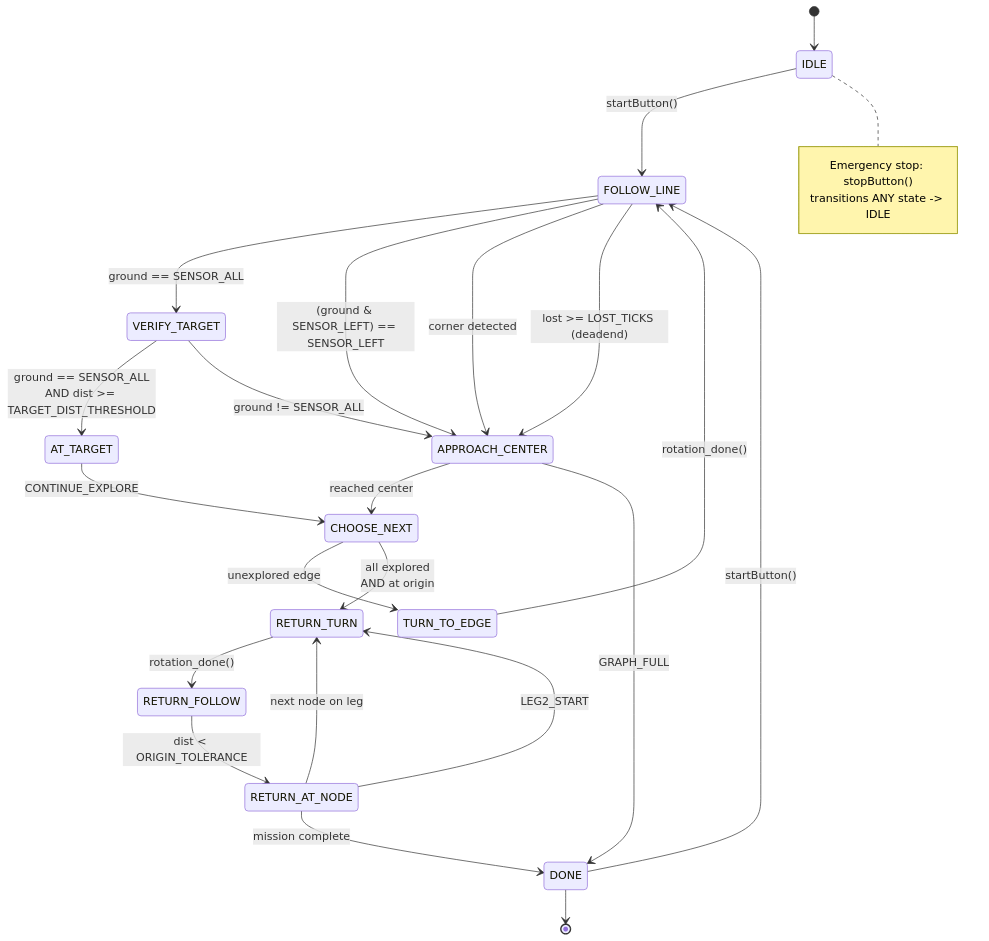
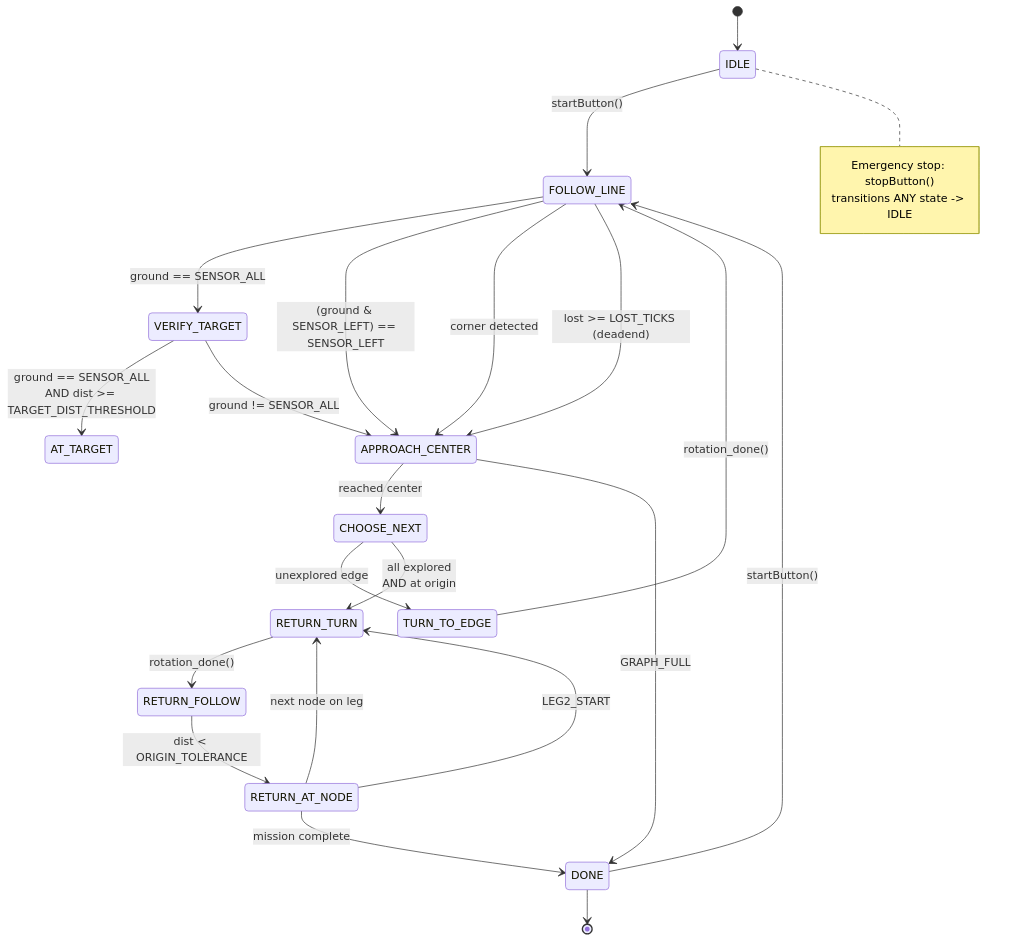
One commit to fredmnpinto/ua_rm-LFR changed the diagram in README.md. Above: the diagram before and after it, drawn with Mermaid.

Commit message:
Remove AT_TARGET to CHOOSE_NEXT transition
Removed transition from AT_TARGET to CHOOSE_NEXT in state machine.

````diff
--- a/README.md
+++ b/README.md
@@ -123,29 +123,28 @@
 ```mermaid
 stateDiagram-v2
     [*] --> IDLE
     IDLE --> FOLLOW_LINE : startButton()
     FOLLOW_LINE --> VERIFY_TARGET : ground == SENSOR_ALL
     FOLLOW_LINE --> APPROACH_CENTER : (ground & SENSOR_LEFT) == SENSOR_LEFT
     FOLLOW_LINE --> APPROACH_CENTER : corner detected
     FOLLOW_LINE --> APPROACH_CENTER : lost >= LOST_TICKS (deadend)
     VERIFY_TARGET --> AT_TARGET : ground == SENSOR_ALL<br/>AND dist >= TARGET_DIST_THRESHOLD
     VERIFY_TARGET --> APPROACH_CENTER : ground != SENSOR_ALL
-    AT_TARGET --> CHOOSE_NEXT : CONTINUE_EXPLORE
     APPROACH_CENTER --> CHOOSE_NEXT : reached center
     APPROACH_CENTER --> DONE : GRAPH_FULL
     CHOOSE_NEXT --> TURN_TO_EDGE : unexplored edge
     CHOOSE_NEXT --> RETURN_TURN : all explored<br/>AND at origin
     TURN_TO_EDGE --> FOLLOW_LINE : rotation_done()
     RETURN_TURN --> RETURN_FOLLOW : rotation_done()
     RETURN_FOLLOW --> RETURN_AT_NODE : dist < ORIGIN_TOLERANCE
     RETURN_AT_NODE --> RETURN_TURN : next node on leg
     RETURN_AT_NODE --> RETURN_TURN : LEG2_START
     RETURN_AT_NODE --> DONE : mission complete
     DONE --> FOLLOW_LINE : startButton()
     DONE --> [*]
 
     note right of IDLE
         Emergency stop: stopButton()
         transitions ANY state -> IDLE
     end note
 ```
````
